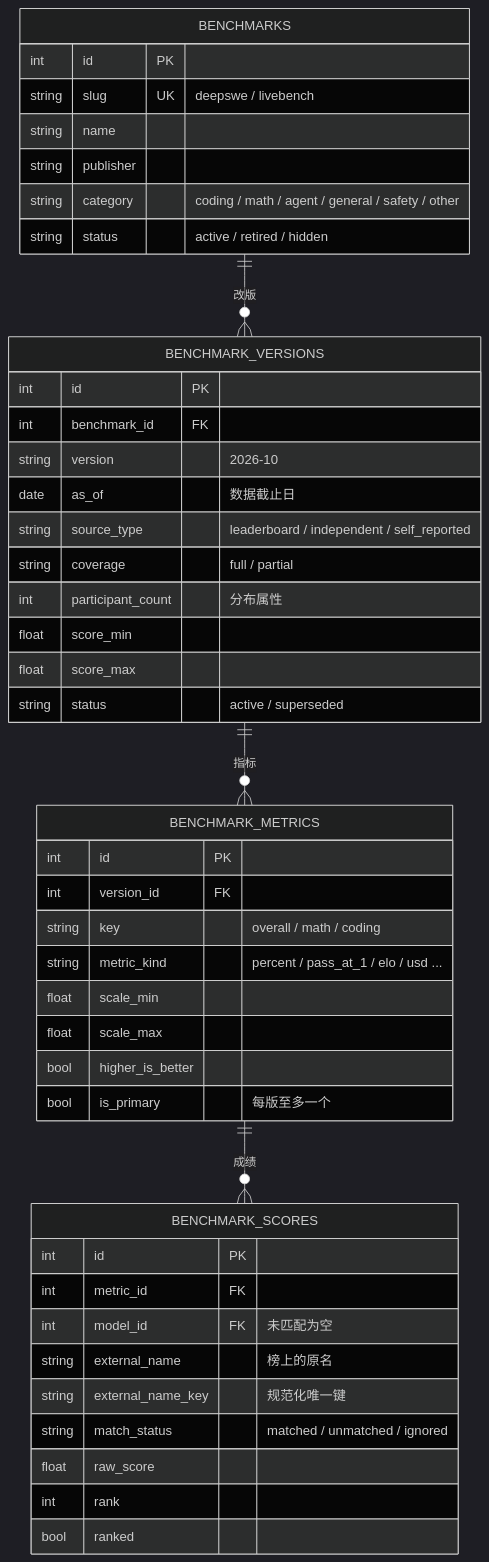
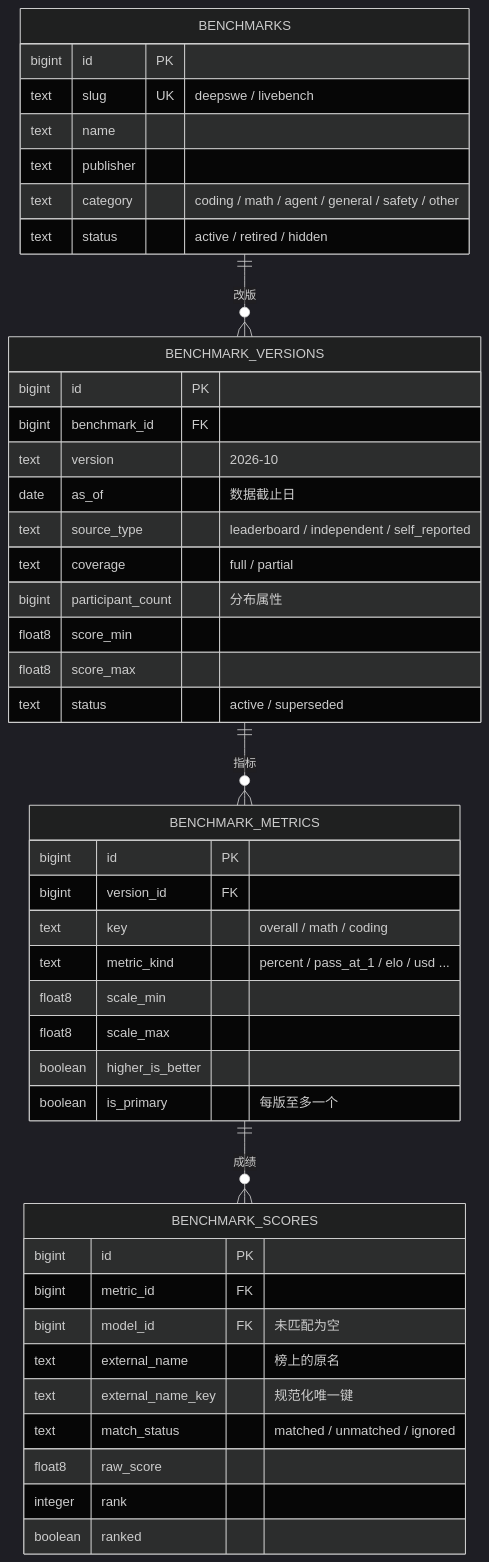
The seventh of 14 diagrams in docs/模型域设计.md (deepdemos/ds-demos-showcase), drawn with Mermaid (dark theme) before and after one commit. The commit also changed other lines of this file and 36 other files, not shown here.

````diff
--- a/docs/模型域设计.md
+++ b/docs/模型域设计.md
@@ -1216,47 +1358,47 @@
 ```mermaid
 erDiagram
     BENCHMARKS {
-        int id PK
-        string slug UK "deepswe / livebench"
-        string name
-        string publisher
-        string category "coding / math / agent / general / safety / other"
-        string status "active / retired / hidden"
+        bigint id PK
+        text slug UK "deepswe / livebench"
+        text name
+        text publisher
+        text category "coding / math / agent / general / safety / other"
+        text status "active / retired / hidden"
     }
     BENCHMARK_VERSIONS {
-        int id PK
-        int benchmark_id FK
-        string version "2026-10"
+        bigint id PK
+        bigint benchmark_id FK
+        text version "2026-10"
         date as_of "数据截止日"
-        string source_type "leaderboard / independent / self_reported"
-        string coverage "full / partial"
-        int participant_count "分布属性"
-        float score_min
-        float score_max
-        string status "active / superseded"
+        text source_type "leaderboard / independent / self_reported"
+        text coverage "full / partial"
+        bigint participant_count "分布属性"
+        float8 score_min
+        float8 score_max
+        text status "active / superseded"
     }
     BENCHMARK_METRICS {
-        int id PK
-        int version_id FK
-        string key "overall / math / coding"
-        string metric_kind "percent / pass_at_1 / elo / usd ..."
-        float scale_min
-        float scale_max
-        bool higher_is_better
-        bool is_primary "每版至多一个"
+        bigint id PK
+        bigint version_id FK
+        text key "overall / math / coding"
+        text metric_kind "percent / pass_at_1 / elo / usd ..."
+        float8 scale_min
+        float8 scale_max
+        boolean higher_is_better
+        boolean is_primary "每版至多一个"
     }
     BENCHMARK_SCORES {
-        int id PK
-        int metric_id FK
-        int model_id FK "未匹配为空"
-        string external_name "榜上的原名"
-        string external_name_key "规范化唯一键"
-        string match_status "matched / unmatched / ignored"
-        float raw_score
-        int rank
-        bool ranked
+        bigint id PK
+        bigint metric_id FK
+        bigint model_id FK "未匹配为空"
+        text external_name "榜上的原名"
+        text external_name_key "规范化唯一键"
+        text match_status "matched / unmatched / ignored"
+        float8 raw_score
+        integer rank
+        boolean ranked
     }
     BENCHMARKS ||--o{ BENCHMARK_VERSIONS : 改版
     BENCHMARK_VERSIONS ||--o{ BENCHMARK_METRICS : 指标
     BENCHMARK_METRICS ||--o{ BENCHMARK_SCORES : 成绩
 ```
````
